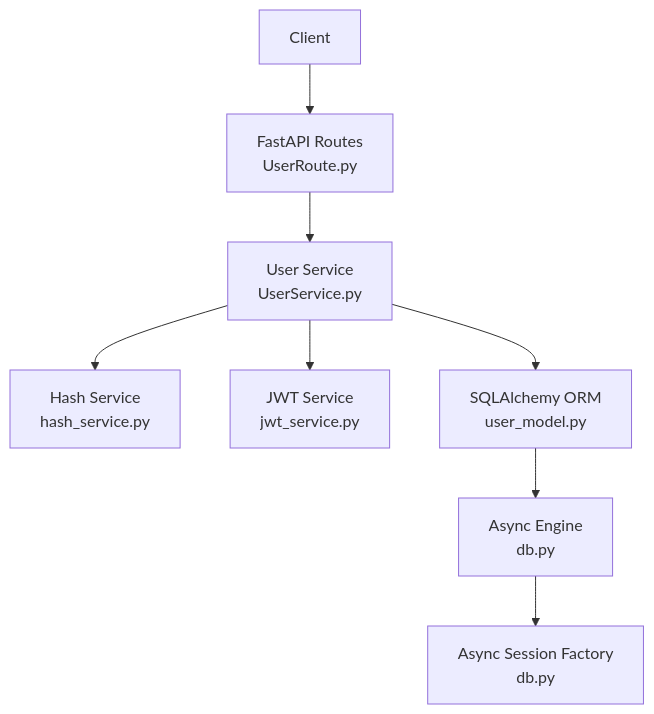
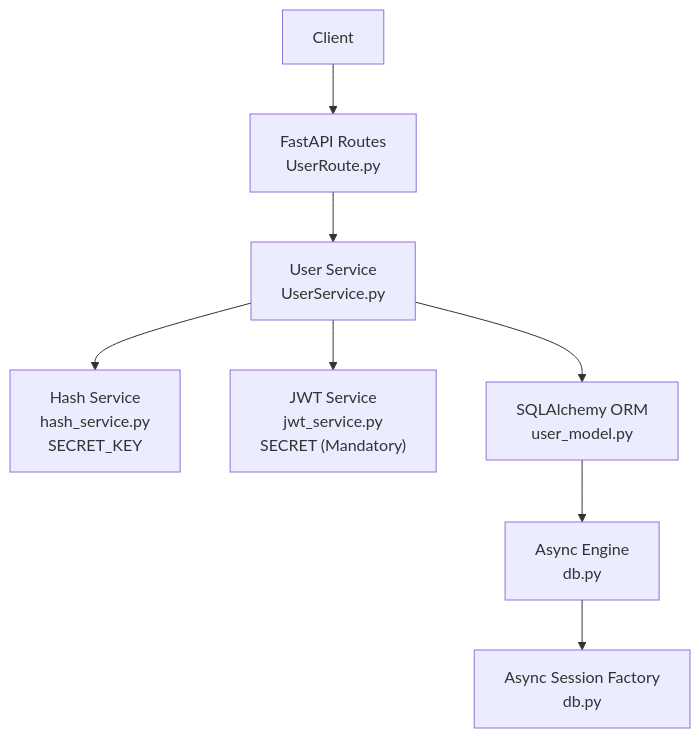
Before and after one commit to srikant-panda/auth-service: the second of 10 diagrams in .qoder/repowiki/en/content/Core Concepts/User Authentication System.md, drawn with Mermaid. The commit also changed other lines of this file and 9 other files, not shown here.

````diff
--- a/.qoder/repowiki/en/content/Core Concepts/User Authentication System.md
+++ b/.qoder/repowiki/en/content/Core Concepts/User Authentication System.md
@@ -135,18 +144,18 @@
 ```mermaid
 graph TB
 Client["Client"]
 API["FastAPI Routes<br/>UserRoute.py"]
 Service["User Service<br/>UserService.py"]
-Hash["Hash Service<br/>hash_service.py"]
-JWT["JWT Service<br/>jwt_service.py"]
+Hash["Hash Service<br/>hash_service.py<br/>SECRET_KEY"]
+JWT["JWT Service<br/>jwt_service.py<br/>SECRET (Mandatory)"]
 DB["SQLAlchemy ORM<br/>user_model.py"]
 Engine["Async Engine<br/>db.py"]
 Session["Async Session Factory<br/>db.py"]
 Client --> API
 API --> Service
 Service --> Hash
 Service --> JWT
 Service --> DB
 DB --> Engine
 Engine --> Session
 ```
````
